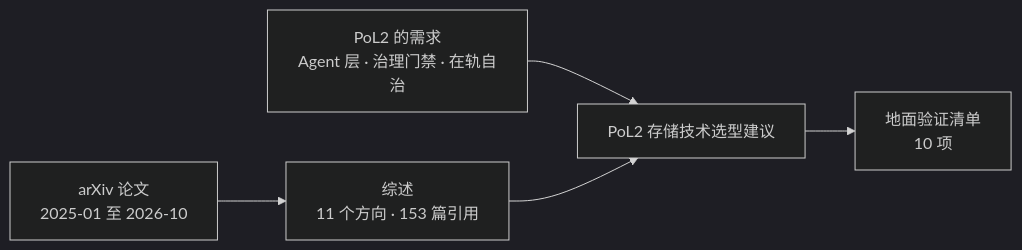
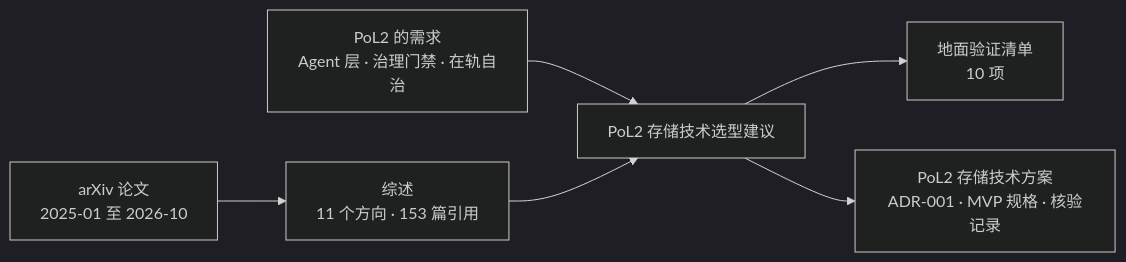
Before and after one commit to naturaldao/NaturalDAO: the diagram in Research/README.md, drawn with Mermaid (dark theme). The commit also changed other lines of this file and 1 other file, not shown here.

Commit message:
Research: 新增 PoL2 存储技术方案（Proposal，ADR-001）
在《PoL2存储技术选型建议》基础上核验 12 个 GitHub 仓库与 38 篇 arXiv 文献，
给出检索内核决策、五层架构、MVP 实施规格、验证计划与核验记录；README 同步登记。

````diff
--- a/Research/README.md
+++ b/Research/README.md
@@ -15,7 +16,8 @@
 ```mermaid
 flowchart LR
     A["arXiv 论文<br/>2025-01 至 2026-10"] --> B["综述<br/>11 个方向 · 153 篇引用"]
     R["PoL2 的需求<br/>Agent 层 · 治理门禁 · 在轨自治"] --> C
     B --> C["PoL2 存储技术选型建议"]
     C --> D["地面验证清单<br/>10 项"]
+    C --> E["PoL2 存储技术方案<br/>ADR-001 · MVP 规格 · 核验记录"]
 ```
````
